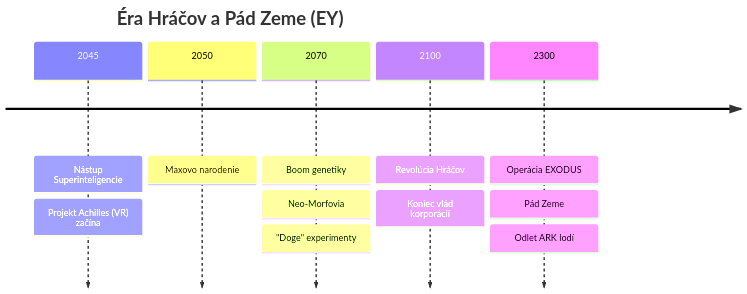
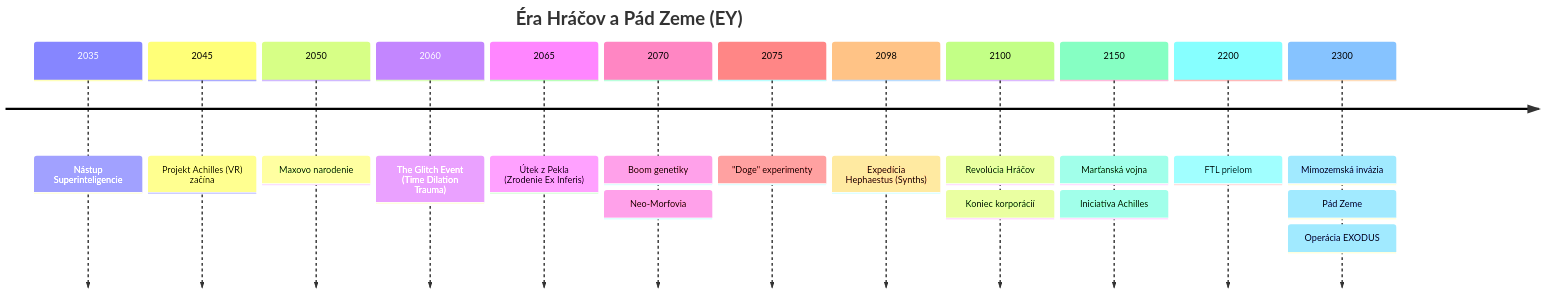
The first of 2 diagrams in World-Bible/01-timeline.md (BranLang/null-void), drawn with Mermaid before and after one commit. The commit also changed 3 other files, not shown here.

````diff
--- a/World-Bible/01-timeline.md
+++ b/World-Bible/01-timeline.md
@@ -6,9 +6,16 @@
 ```mermaid
 timeline
     title Éra Hráčov a Pád Zeme (EY)
-    2045 : Nástup Superinteligencie : Projekt Achilles (VR) začína
+    2035 : Nástup Superinteligencie
+    2045 : Projekt Achilles (VR) začína
     2050 : Maxovo narodenie
-    2070 : Boom genetiky : Neo-Morfovia : "Doge" experimenty
-    2100 : Revolúcia Hráčov : Koniec vlád korporácií
-    2300 : Operácia EXODUS : Pád Zeme : Odlet ARK lodí
+    2060 : The Glitch Event (Time Dilation Trauma)
+    2065 : Útek z Pekla (Zrodenie Ex Inferis)
+    2070 : Boom genetiky : Neo-Morfovia
+    2075 : "Doge" experimenty
+    2098 : Expedícia Hephaestus (Synths)
+    2100 : Revolúcia Hráčov : Koniec korporácií
+    2150 : Marťanská vojna : Iniciatíva Achilles
+    2200 : FTL prielom
+    2300 : Mimozemská invázia : Pád Zeme : Operácia EXODUS
 ```
````
